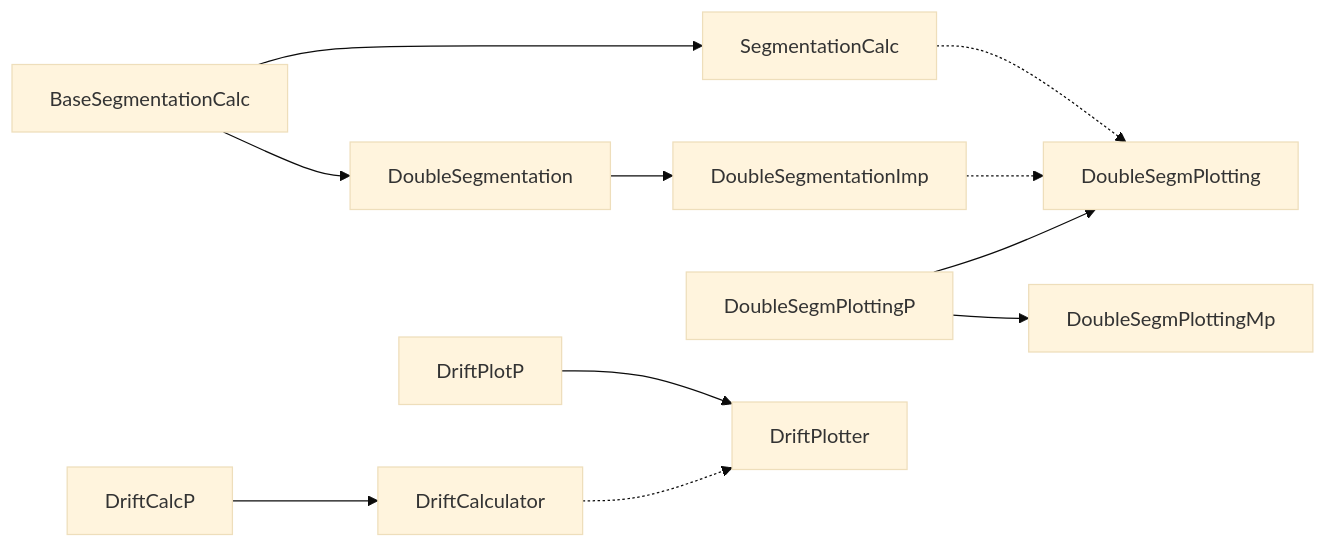
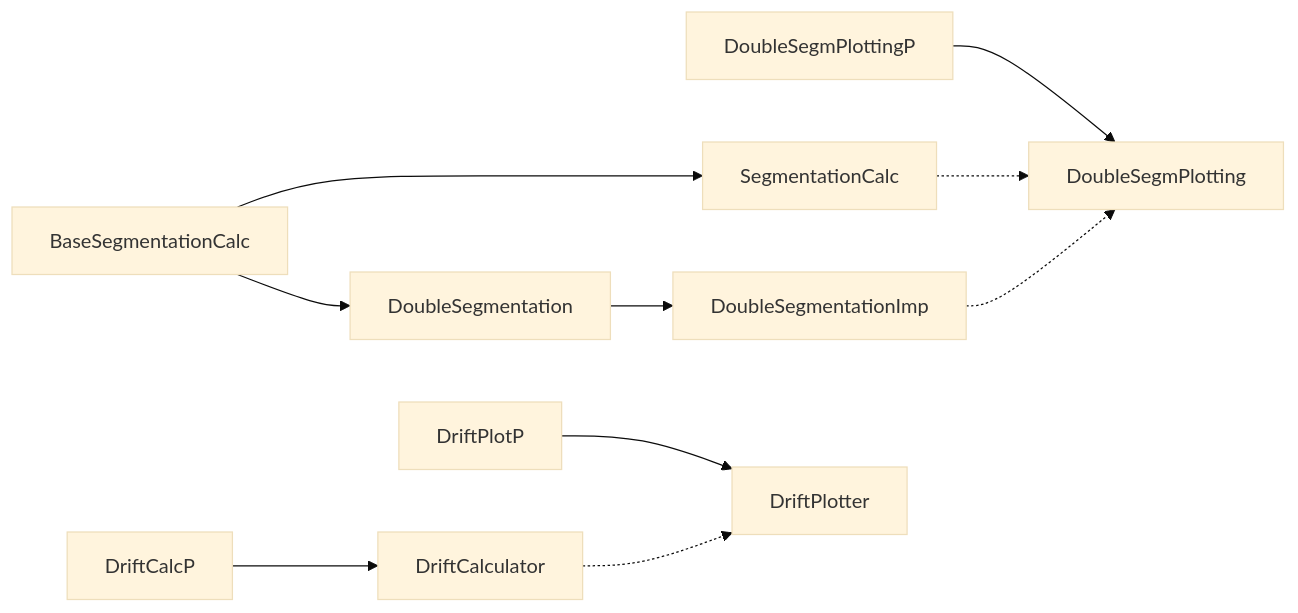
Before and after one commit to DanielAvdar/Tab-right: the third of 4 diagrams in docs/source/architecture.rst, drawn with Mermaid (base theme). The commit also changed 6 other files, not shown here.

First line of the commit message:
Remove unnecessary DoubleSegmPlottingMp class (#83)

```diff
--- a/docs/source/architecture.rst
+++ b/docs/source/architecture.rst
@@ -97,17 +97,16 @@
 .. mermaid::
 
    flowchart LR
       A[BaseSegmentationCalc] --> B[SegmentationCalc]
       A --> C[DoubleSegmentation]
       C --> D[DoubleSegmentationImp]
 
       E[DoubleSegmPlottingP] --> F[DoubleSegmPlotting]
-      E --> G[DoubleSegmPlottingMp]
 
       H[DriftCalcP] --> I[DriftCalculator]
 
       J[DriftPlotP] --> K[DriftPlotter]
 
       B -.-> F
       D -.-> F
       I -.-> K
```
